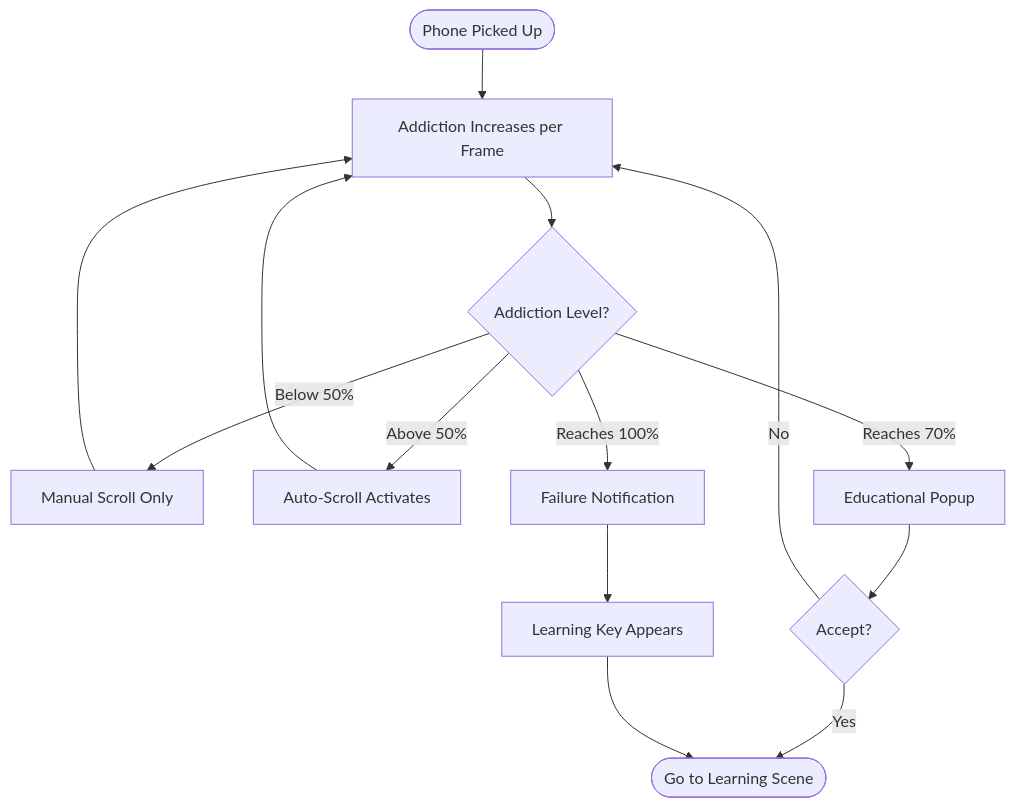
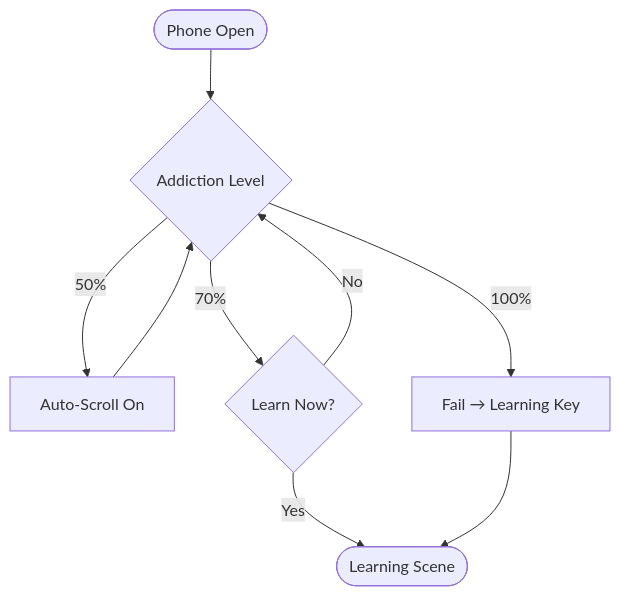
Before and after one commit to MNSBaanu/EchoSphere: the third of 5 diagrams in docs/08_Algorithm.md, drawn with Mermaid. The commit also changed other lines of this file, not shown here.

First line of the commit message:
docs(Algorithm): simplify flowcharts and consolidate sections

````diff
--- a/docs/08_Algorithm.md
+++ b/docs/08_Algorithm.md
@@ -51,16 +37,11 @@
 ```mermaid
 flowchart TD
-    A([Phone Picked Up]) --> B[Addiction Increases per Frame]
-    B --> C{Addiction Level?}
-    C -->|Below 50%| D[Manual Scroll Only]
-    C -->|Above 50%| E[Auto-Scroll Activates]
-    C -->|Reaches 70%| F[Educational Popup]
-    C -->|Reaches 100%| G[Failure Notification]
-    D --> B
-    E --> B
-    F --> H{Accept?}
-    H -->|Yes| I([Go to Learning Scene])
-    H -->|No| B
-    G --> J[Learning Key Appears]
-    J --> I
+    A([Phone Open]) --> B{Addiction Level}
+    B -->|50%| C[Auto-Scroll On]
+    B -->|70%| D{Learn Now?}
+    B -->|100%| E[Fail → Learning Key]
+    D -->|Yes| F([Learning Scene])
+    D -->|No| B
+    E --> F
+    C --> B
 ```
````
